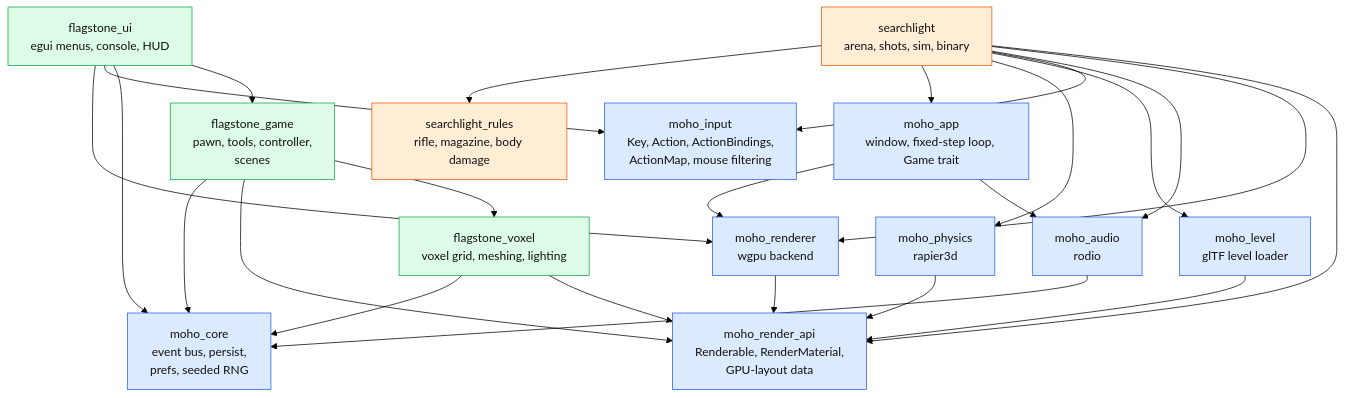
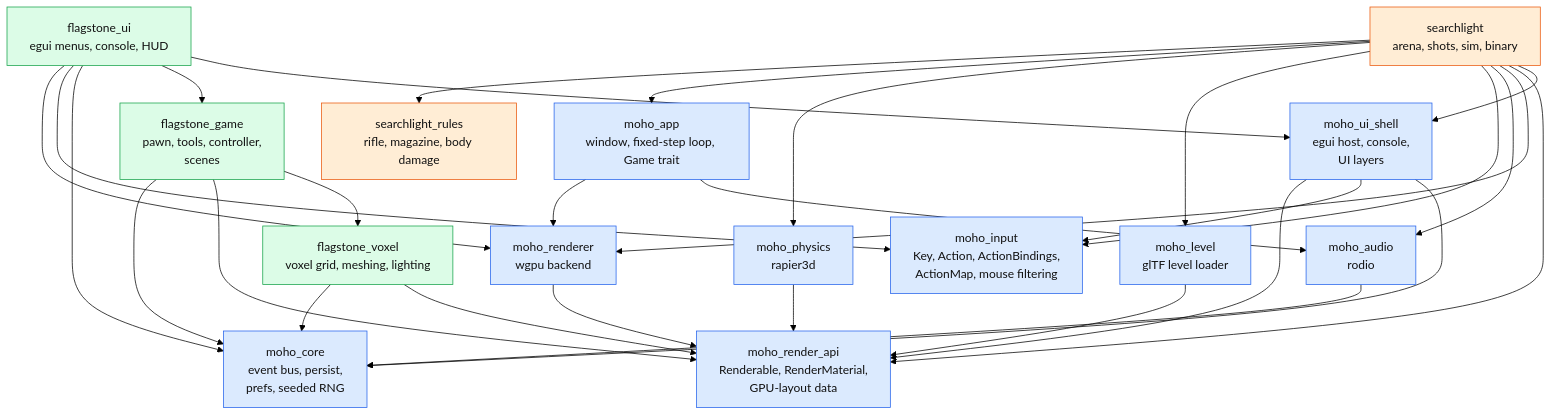
Before and after one commit to WrackedFella/moho: the first of 3 diagrams in wiki/architecture/overview.md, drawn with Mermaid (forest theme). The commit also changed other lines of this file and 3 other files, not shown here.

First line of the commit message:
docs(wiki): the FPS console and moho_ui_shell in the architecture pages (ENG-F18-05)

````diff
--- a/wiki/architecture/overview.md
+++ b/wiki/architecture/overview.md
@@ -17,31 +18,33 @@
 ```mermaid
 flowchart TD
     ui["flagstone_ui<br/>egui menus, console, HUD"]:::strategy
     game["flagstone_game<br/>pawn, tools, controller,<br/>scenes"]:::strategy
     voxel["flagstone_voxel<br/>voxel grid, meshing, lighting"]:::strategy
 
     renderer["moho_renderer<br/>wgpu backend"]:::engine
     rapi["moho_render_api<br/>Renderable, RenderMaterial,<br/>GPU-layout data"]:::engine
     core["moho_core<br/>event bus, persist,<br/>prefs, seeded RNG"]:::engine
     audio["moho_audio<br/>rodio"]:::engine
     physics["moho_physics<br/>rapier3d"]:::engine
     input["moho_input<br/>Key, Action, ActionBindings,<br/>ActionMap, mouse filtering"]:::engine
     app["moho_app<br/>window, fixed-step loop, Game trait"]:::engine
     level["moho_level<br/>glTF level loader"]:::engine
+    shell["moho_ui_shell<br/>egui host, console,<br/>UI layers"]:::engine
     fps["searchlight_rules<br/>rifle, magazine, body damage"]:::fps
     fpsgame["searchlight<br/>arena, shots, sim, binary"]:::fps
 
-    ui --> renderer & input & core & game
+    ui --> renderer & input & core & game & shell
     game --> core & rapi & voxel
     voxel --> core & rapi
     renderer --> rapi
     app --> renderer & audio
     audio --> core
     physics --> rapi
     level --> rapi
-    fpsgame --> fps & app & physics & level & input & audio & renderer & rapi
+    shell --> rapi & input & core
+    fpsgame --> fps & app & physics & level & input & audio & renderer & rapi & shell
 
     classDef engine fill:#dbeafe,stroke:#2563eb,color:#111
     classDef strategy fill:#dcfce7,stroke:#16a34a,color:#111
     classDef fps fill:#ffedd5,stroke:#ea580c,color:#111
 ```
````
